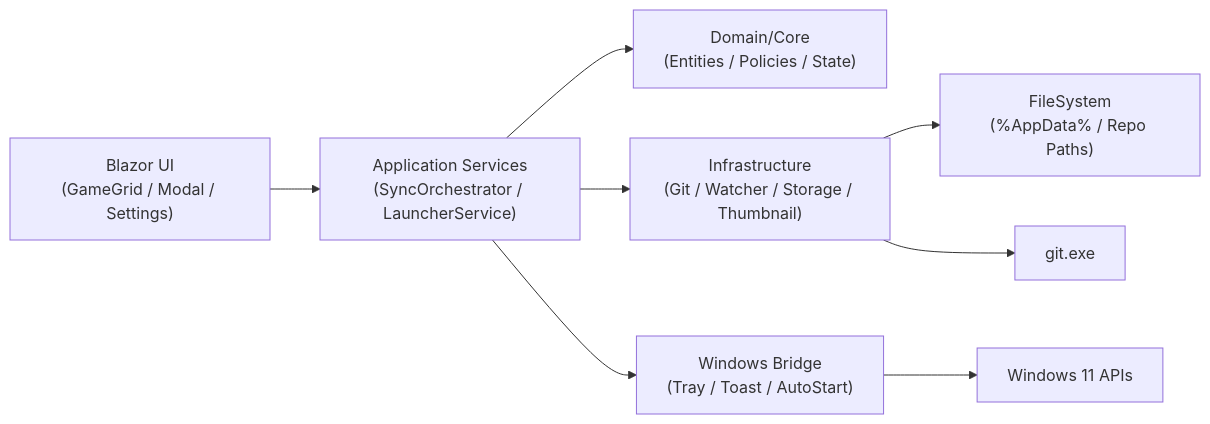
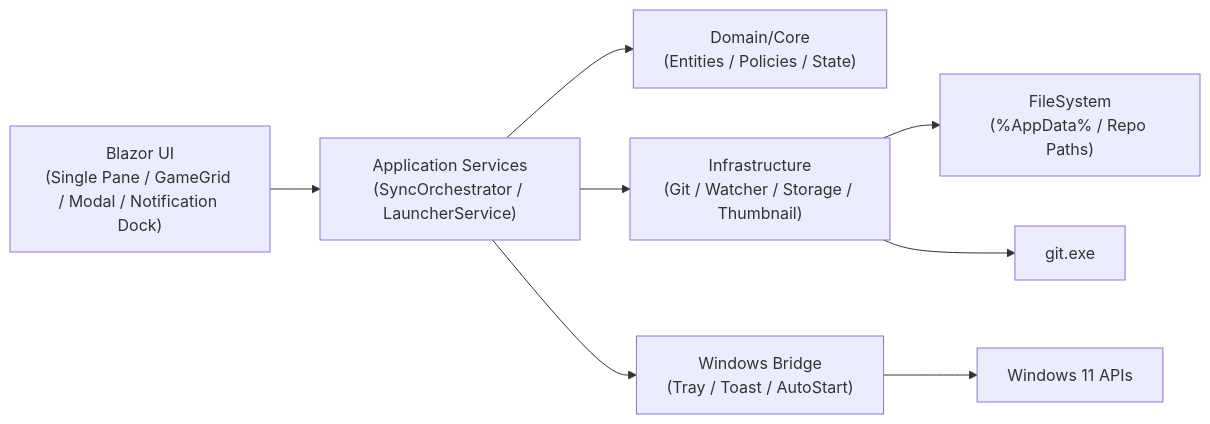
Before and after one commit to natumekazuki/GameLauncherWithGit: the first of 3 diagrams in docs/design/maui-blazor-architecture.md, drawn with Mermaid. The commit also changed other lines of this file and 5 other files, not shown here.

Commit message:
feat(ui): remove sidebar and add dark home notification dock

````diff
--- a/docs/design/maui-blazor-architecture.md
+++ b/docs/design/maui-blazor-architecture.md
@@ -17,10 +17,10 @@
 ```mermaid
 flowchart LR
-    UI["Blazor UI\n(GameGrid / Modal / Settings)"] --> APP["Application Services\n(SyncOrchestrator / LauncherService)"]
+    UI["Blazor UI\n(Single Pane / GameGrid / Modal / Notification Dock)"] --> APP["Application Services\n(SyncOrchestrator / LauncherService)"]
     APP --> CORE["Domain/Core\n(Entities / Policies / State)"]
     APP --> INFRA["Infrastructure\n(Git / Watcher / Storage / Thumbnail)"]
     APP --> WIN["Windows Bridge\n(Tray / Toast / AutoStart)"]
     INFRA --> FS["FileSystem\n(%AppData% / Repo Paths)"]
     INFRA --> GIT["git.exe"]
     WIN --> OS["Windows 11 APIs"]
 ```
````
